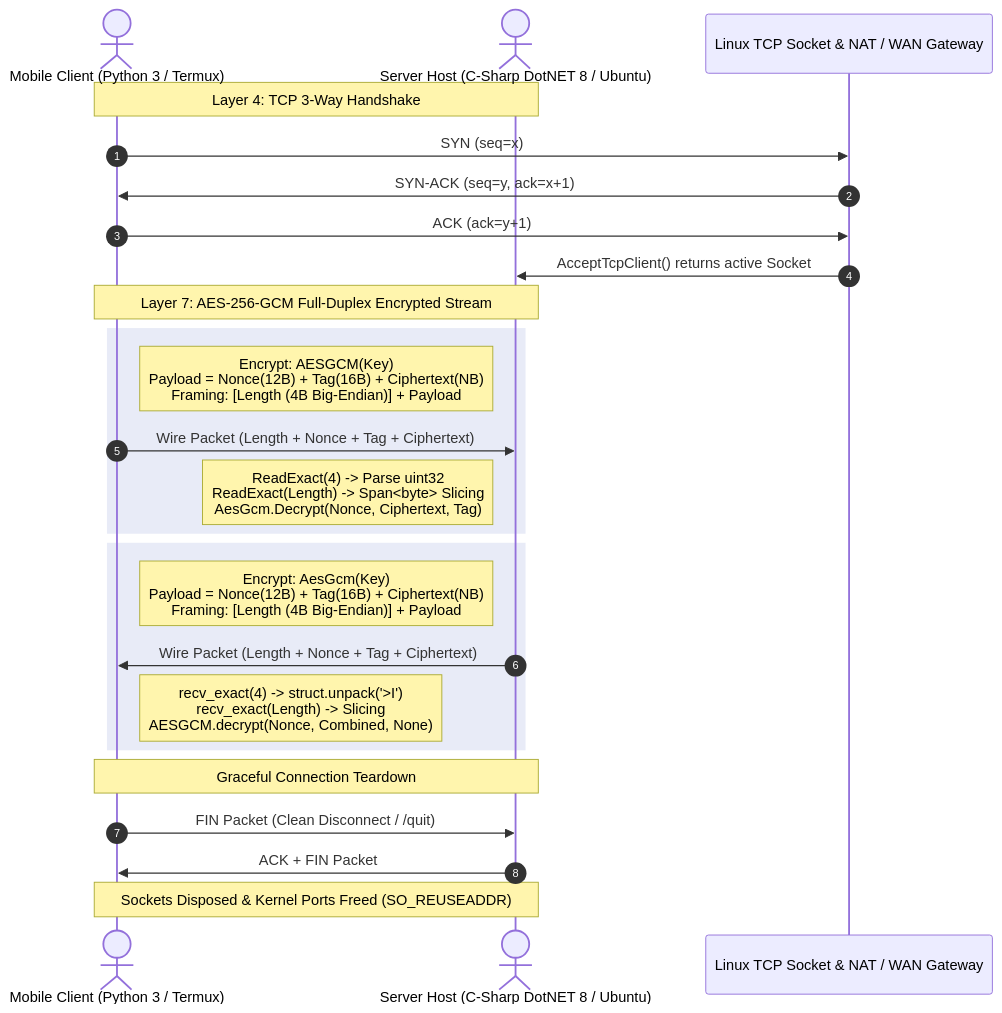
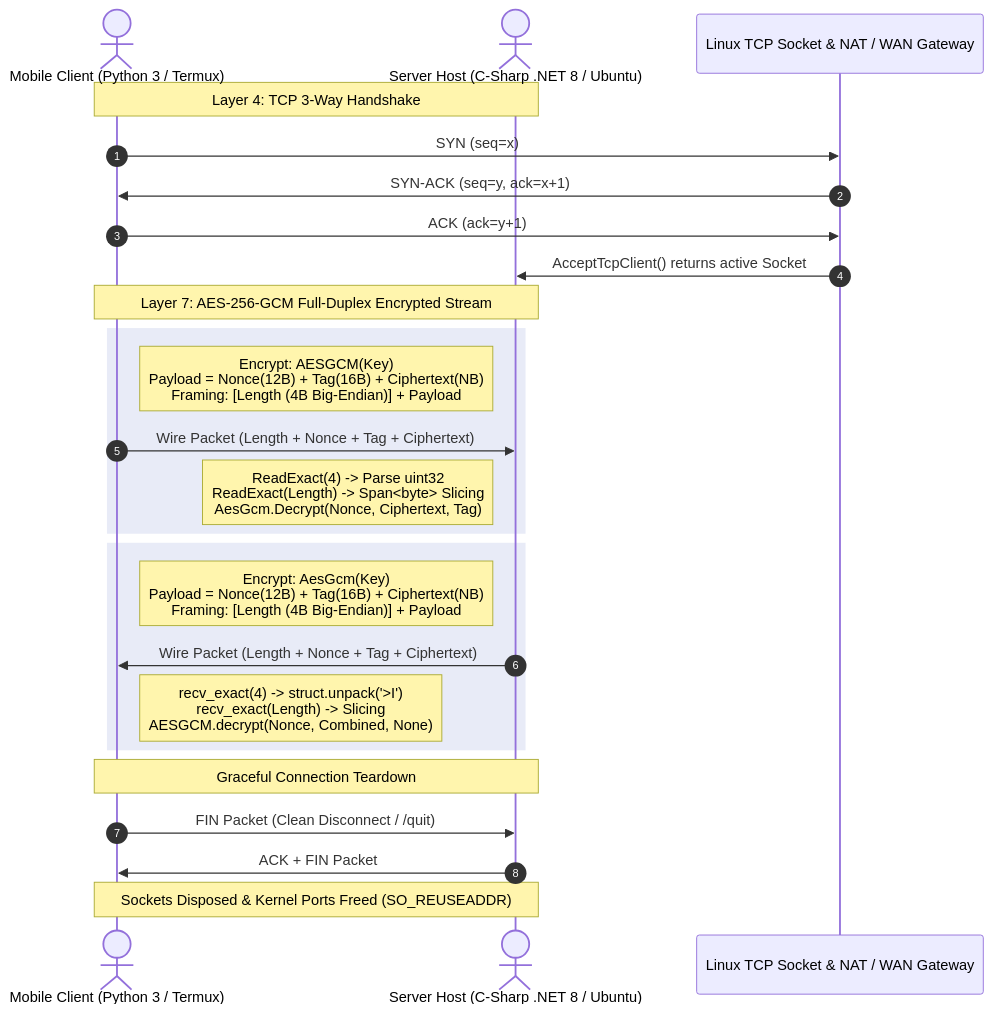
The diagram in ARCHITECTURE.md (khodor-harakeh/encrypted-chat), drawn with Mermaid before and after one commit.

Commit message:
Fix typo in architecture diagram actor description

````diff
--- a/ARCHITECTURE.md
+++ b/ARCHITECTURE.md
@@ -1,31 +1,31 @@
 ```mermaid
 sequenceDiagram
     autonumber
     actor MobileUser as Mobile Client (Python 3 / Termux)
-    actor ServerAdmin as Server Host (C-Sharp DotNET 8 / Ubuntu)
+    actor ServerAdmin as Server Host (C-Sharp .NET 8 / Ubuntu)
     participant Kernel as Linux TCP Socket & NAT / WAN Gateway
 
     Note over MobileUser, ServerAdmin: Layer 4: TCP 3-Way Handshake
     MobileUser->>Kernel: SYN (seq=x)
     Kernel->>MobileUser: SYN-ACK (seq=y, ack=x+1)
     MobileUser->>Kernel: ACK (ack=y+1)
     Kernel->>ServerAdmin: AcceptTcpClient() returns active Socket
 
     Note over MobileUser, ServerAdmin: Layer 7: AES-256-GCM Full-Duplex Encrypted Stream
     rect rgba(100, 120, 200, 0.15)
         Note right of MobileUser: Encrypt: AESGCM(Key)<br/>Payload = Nonce(12B) + Tag(16B) + Ciphertext(NB)<br/>Framing: [Length (4B Big-Endian)] + Payload
         MobileUser->>ServerAdmin: Wire Packet (Length + Nonce + Tag + Ciphertext)
         Note left of ServerAdmin: ReadExact(4) -> Parse uint32<br/>ReadExact(Length) -> Span<byte> Slicing<br/>AesGcm.Decrypt(Nonce, Ciphertext, Tag)
     end
 
     rect rgba(100, 120, 200, 0.15)
         Note left of ServerAdmin: Encrypt: AesGcm(Key)<br/>Payload = Nonce(12B) + Tag(16B) + Ciphertext(NB)<br/>Framing: [Length (4B Big-Endian)] + Payload
         ServerAdmin->>MobileUser: Wire Packet (Length + Nonce + Tag + Ciphertext)
         Note right of MobileUser: recv_exact(4) -> struct.unpack('>I')<br/>recv_exact(Length) -> Slicing<br/>AESGCM.decrypt(Nonce, Combined, None)
     end
 
     Note over MobileUser, ServerAdmin: Graceful Connection Teardown
     MobileUser->>ServerAdmin: FIN Packet (Clean Disconnect / /quit)
     ServerAdmin->>MobileUser: ACK + FIN Packet
     Note over MobileUser, ServerAdmin: Sockets Disposed & Kernel Ports Freed (SO_REUSEADDR)
 ```
````
